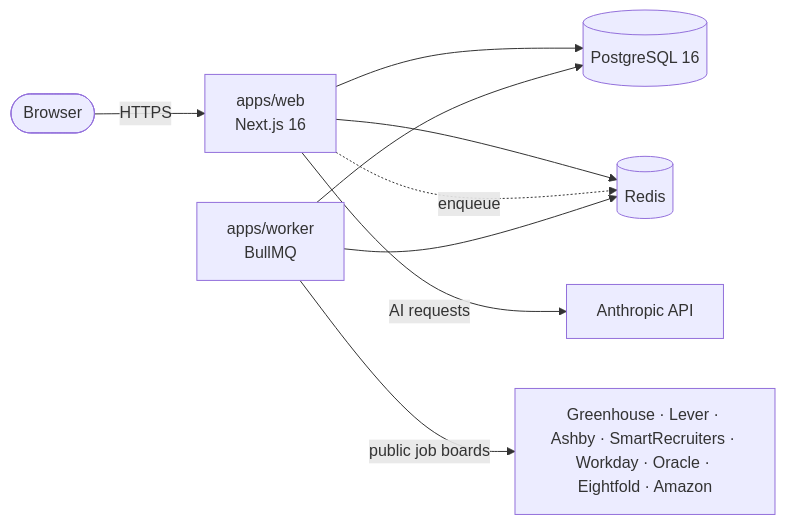
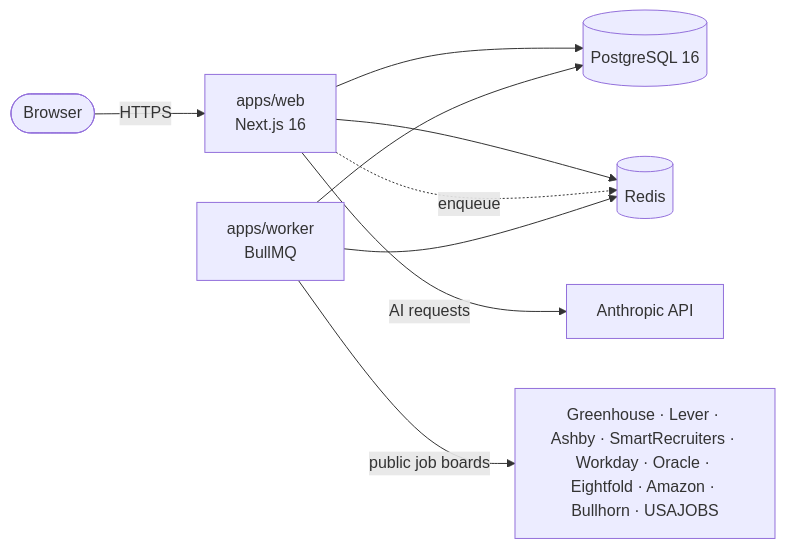
The diagram in README.md (HimaSundharRaju/NextRole), drawn with Mermaid before and after one commit. The commit also changed other lines of this file and 35 other files, not shown here.

````diff
--- a/README.md
+++ b/README.md
@@ -28,11 +28,11 @@
 ```mermaid
 flowchart LR
   browser([Browser]) -->|HTTPS| web["apps/web<br/>Next.js 16"]
   web --> pg[(PostgreSQL 16)]
   web --> redis[(Redis)]
   web -->|AI requests| anthropic[Anthropic API]
   web -. enqueue .-> redis
   worker["apps/worker<br/>BullMQ"] --> pg
   worker --> redis
-  worker -->|public job boards| ats[Greenhouse · Lever · Ashby · SmartRecruiters · Workday · Oracle · Eightfold · Amazon]
+  worker -->|public job boards| ats[Greenhouse · Lever · Ashby · SmartRecruiters · Workday · Oracle · Eightfold · Amazon · Bullhorn · USAJOBS]
 ```
````
